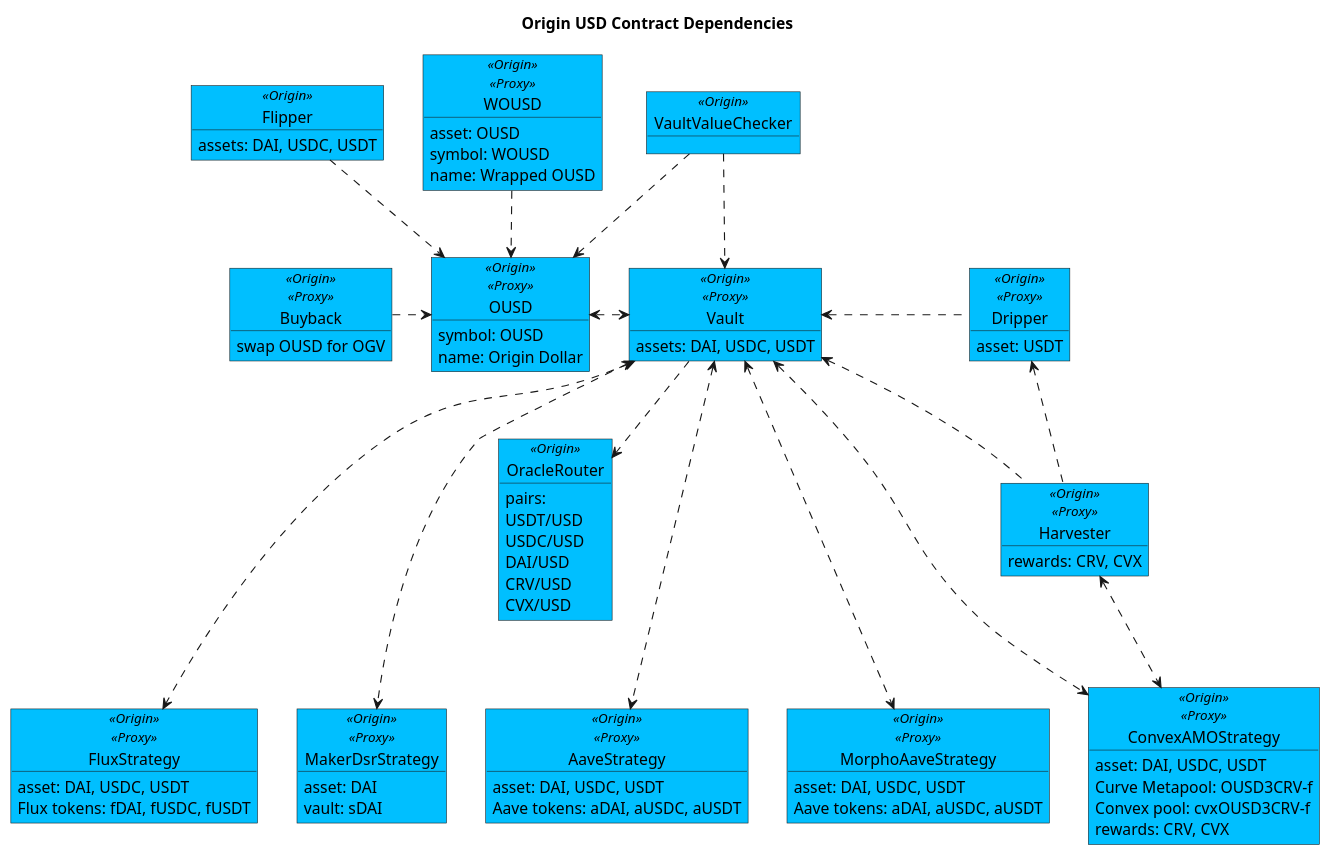
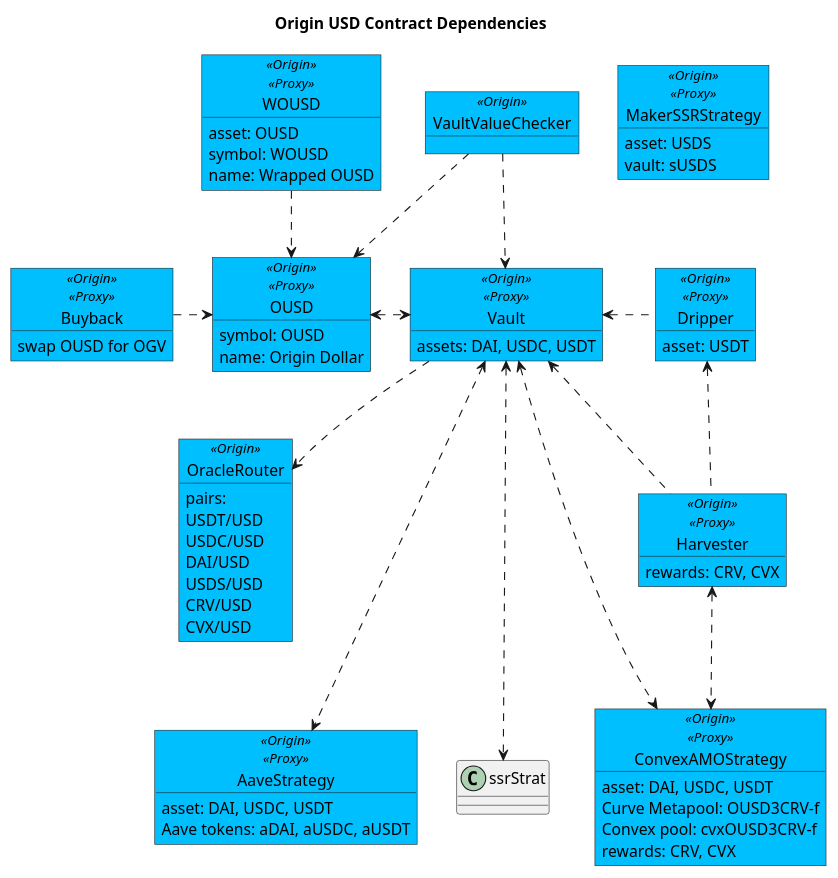
The diagram in contracts/docs/plantuml/ousdContracts.puml (OriginProtocol/origin-dollar), drawn with PlantUML before and after one commit. The commit also changed 207 other files, not shown here.

```diff
--- a/contracts/docs/plantuml/ousdContracts.puml
+++ b/contracts/docs/plantuml/ousdContracts.puml
@@ -1,131 +1,107 @@
 @startuml
 
 title "Origin USD Contract Dependencies"
 
 object "Dripper" as drip <<Origin>><<Proxy>> #DeepSkyBlue {
     asset: USDT
 }
 
 object "VaultValueChecker" as checker <<Origin>> #DeepSkyBlue {
 }
 
 object "WOUSD" as wousd <<Origin>><<Proxy>> #DeepSkyBlue {
     asset: OUSD
     symbol: WOUSD
     name: Wrapped OUSD
-}
-
-object "Flipper" as flipper <<Origin>> #DeepSkyBlue {
-    assets: DAI, USDC, USDT
 }
 
 object "OUSD" as ousd <<Origin>><<Proxy>> #DeepSkyBlue {
     symbol: OUSD
     name: Origin Dollar
 }
 
 object "Vault" as vault <<Origin>><<Proxy>> #DeepSkyBlue {
     assets: DAI, USDC, USDT  
 }
 
 object "Harvester" as harv <<Origin>><<Proxy>> #DeepSkyBlue {
     rewards: CRV, CVX
 }
 
 object "Buyback" as buy <<Origin>><<Proxy>> #DeepSkyBlue {
 swap OUSD for OGV
 }
 
 ' Strategies
 object "AaveStrategy" as aaveStrat <<Origin>><<Proxy>> #DeepSkyBlue {
     asset: DAI, USDC, USDT
     Aave tokens: aDAI, aUSDC, aUSDT
     ' rewards: AAVE
 }
 ' object "CompoundStrategy" as compStrat <<Origin>><<Proxy>> #DeepSkyBlue {
 '     asset: DAI, USDC, USDT
 '     compound tokens: cDAI, cUSDC, cUSDT
     ' rewards: COMP
 ' }
 ' object "ConvexStrategy" as cvxStrat <<Origin>><<Proxy>> #DeepSkyBlue {
 '     asset: DAI, USDC, USDT
 '     Curve pool: 3Pool (3CRV)
 '     Convex pool: DAI+USDC+USDT
 '     rewards: CRV, CVX
 ' }
 object "ConvexAMOStrategy" as amoStrat <<Origin>><<Proxy>> #DeepSkyBlue {
     asset: DAI, USDC, USDT
     Curve Metapool: OUSD3CRV-f
     Convex pool: cvxOUSD3CRV-f
     rewards: CRV, CVX
 }
-' object "ConvexLUSDMetaStrategy" as cxvLusdStrat <<Origin>><<Proxy>> #DeepSkyBlue {
-'     asset: DAI, USDC, USDT
-'     Curve Metapool: LUSD3CRV-f
-'     Convex pool: cvxLUSD3CRV-f
-'     rewards: CRV, CVX
-' }
 ' object "MorphoCompoundStrategy" as morphCompStrat <<Origin>><<Proxy>> #DeepSkyBlue {
 '     asset: DAI, USDC, USDT
 '     Compound tokens: cDAI, cUSDC, cUSDT
     ' rewards: COMP
 ' }
-object "MorphoAaveStrategy" as morphAaveStrat <<Origin>><<Proxy>> #DeepSkyBlue {
-    asset: DAI, USDC, USDT
-    Aave tokens: aDAI, aUSDC, aUSDT
+' object "MorphoAaveStrategy" as morphAaveStrat <<Origin>><<Proxy>> #DeepSkyBlue {
+'     asset: DAI, USDC, USDT
+'     Aave tokens: aDAI, aUSDC, aUSDT
     ' rewards: AAVE
-}
+' }
 
-object "FluxStrategy" as fluxStrat <<Origin>><<Proxy>> #DeepSkyBlue {
-    asset: DAI, USDC, USDT
-    Flux tokens: fDAI, fUSDC, fUSDT
-}
-
-object "MakerDsrStrategy" as dsrStrat <<Origin>><<Proxy>> #DeepSkyBlue {
-    asset: DAI
-    vault: sDAI
+object "MakerSSRStrategy" as dsrStrat <<Origin>><<Proxy>> #DeepSkyBlue {
+    asset: USDS
+    vault: sUSDS
 }
 
 ' Oracle
 object "OracleRouter" as oracle <<Origin>> #DeepSkyBlue {
 pairs:
     USDT/USD
     USDC/USD
     DAI/USD
+    USDS/USD
     CRV/USD
     CVX/USD 
 }
 
 vault <. drip
 
 checker ..> ousd
 checker ..> vault
-
-flipper ..> ousd
 
 vault <.. harv 
 
 wousd ..> ousd
 ousd <.> vault
 vault ..> oracle
 
 buy .> ousd
 
 ' Strategies
 vault <...> aaveStrat
-' vault <...> compStrat
-' vault <...> cvxStrat
 vault <...> amoStrat
-' vault <...> cxvLusdStrat
-' vault <...> morphCompStrat
-vault <...> morphAaveStrat
-vault <...> fluxStrat
-vault <...> dsrStrat
+vault <...> ssrStrat
 
 drip <.. harv
-' harv <..> cvxStrat
 harv <..> amoStrat
-' harv <..> cxvLusdStrat
 
 
 @enduml
```
